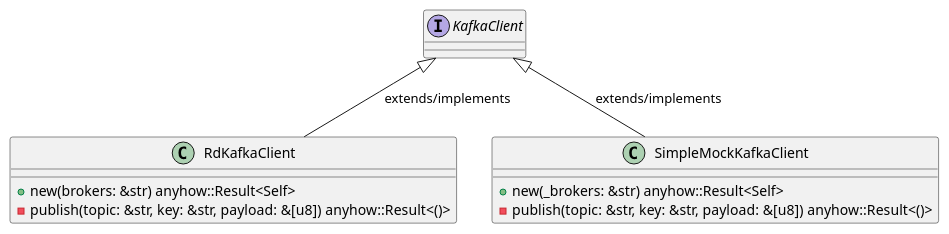
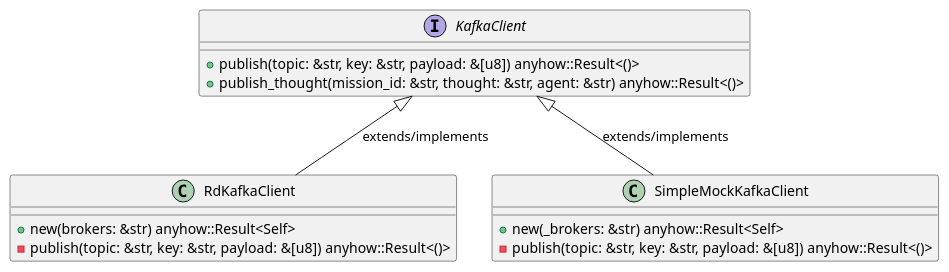
Before and after one commit to lgcorzo/rust_CACD_autonomous_factory: the first of 6 diagrams in openwiki/crates_factory_infrastructure_src_kafka.md, drawn with PlantUML. The commit also changed other lines of this file and 96 other files, not shown here.

````diff
--- a/openwiki/crates_factory_infrastructure_src_kafka.md
+++ b/openwiki/crates_factory_infrastructure_src_kafka.md
@@ -121,17 +183,19 @@
 ```plantuml
 @startuml
 interface KafkaClient {
+    +publish(topic: &str, key: &str, payload: &[u8]) anyhow::Result<()>
+    +publish_thought(mission_id: &str, thought: &str, agent: &str) anyhow::Result<()>
 }
 class RdKafkaClient {
     +new(brokers: &str) anyhow::Result<Self>
     -publish(topic: &str, key: &str, payload: &[u8]) anyhow::Result<()>
 }
 KafkaClient <|-- RdKafkaClient : extends/implements
 class SimpleMockKafkaClient {
     +new(_brokers: &str) anyhow::Result<Self>
     -publish(topic: &str, key: &str, payload: &[u8]) anyhow::Result<()>
 }
 KafkaClient <|-- SimpleMockKafkaClient : extends/implements
 @enduml
 
 ```
````
